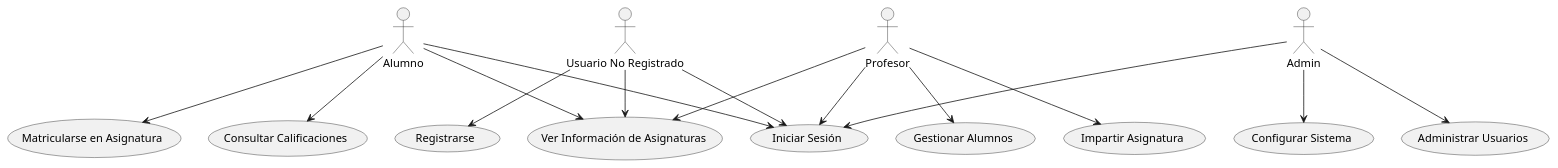
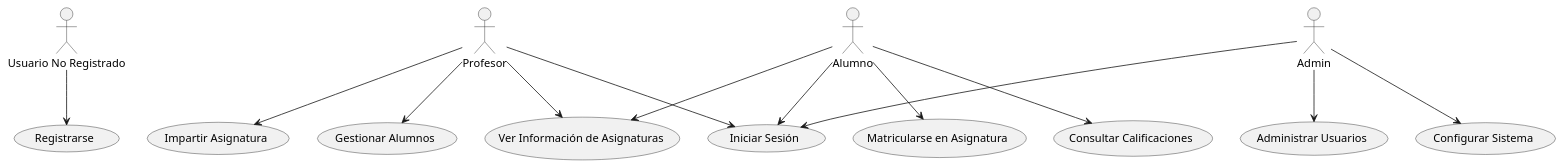
The diagram in Documentos/Actores/Actores.puml (mmasias/24-25-IdSw1-SDR), drawn with PlantUML before and after one commit.

Commit message:
Correccion actores

```diff
--- a/Documentos/Actores/Actores.puml
+++ b/Documentos/Actores/Actores.puml
@@ -1,36 +1,34 @@
 @startuml
 
 actor "Usuario No Registrado" as UsuarioNoRegistrado
 actor Profesor
 actor Alumno
 actor Admin
 
 usecase "Registrarse" as UC_Registrarse
 usecase "Iniciar Sesión" as UC_IniciarSesion
 usecase "Ver Información de Asignaturas" as UC_VerInfoAsignaturas
 usecase "Matricularse en Asignatura" as UC_Matricularse
 usecase "Consultar Calificaciones" as UC_ConsultarCalificaciones
 usecase "Impartir Asignatura" as UC_ImpartirAsignatura
 usecase "Gestionar Alumnos" as UC_GestionarAlumnos
 usecase "Administrar Usuarios" as UC_AdministrarUsuarios
 usecase "Configurar Sistema" as UC_ConfigurarSistema
 
 UsuarioNoRegistrado --> UC_Registrarse
-UsuarioNoRegistrado --> UC_VerInfoAsignaturas
-UsuarioNoRegistrado --> UC_IniciarSesion
 
 Alumno --> UC_IniciarSesion
 Alumno --> UC_VerInfoAsignaturas
 Alumno --> UC_Matricularse
 Alumno --> UC_ConsultarCalificaciones
 
 Profesor --> UC_IniciarSesion
 Profesor --> UC_VerInfoAsignaturas
 Profesor --> UC_ImpartirAsignatura
 Profesor --> UC_GestionarAlumnos
 
 Admin --> UC_IniciarSesion
 Admin --> UC_AdministrarUsuarios
 Admin --> UC_ConfigurarSistema
 
 @enduml
```
